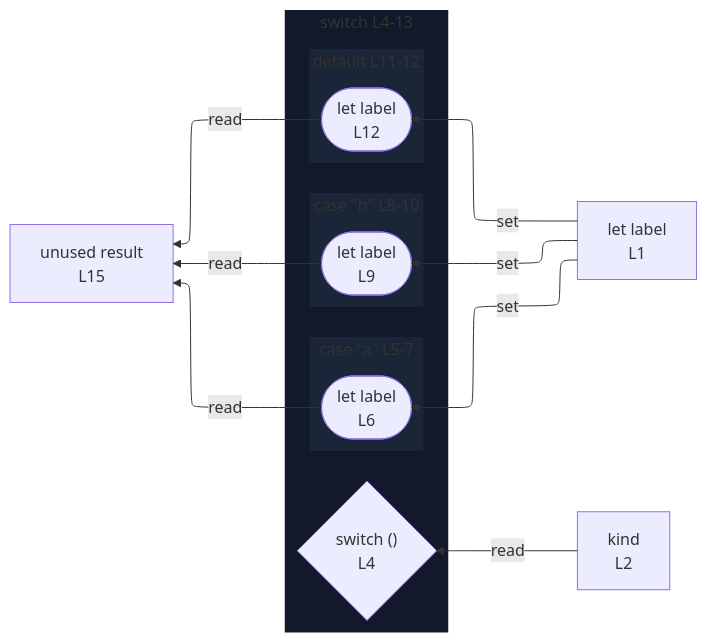
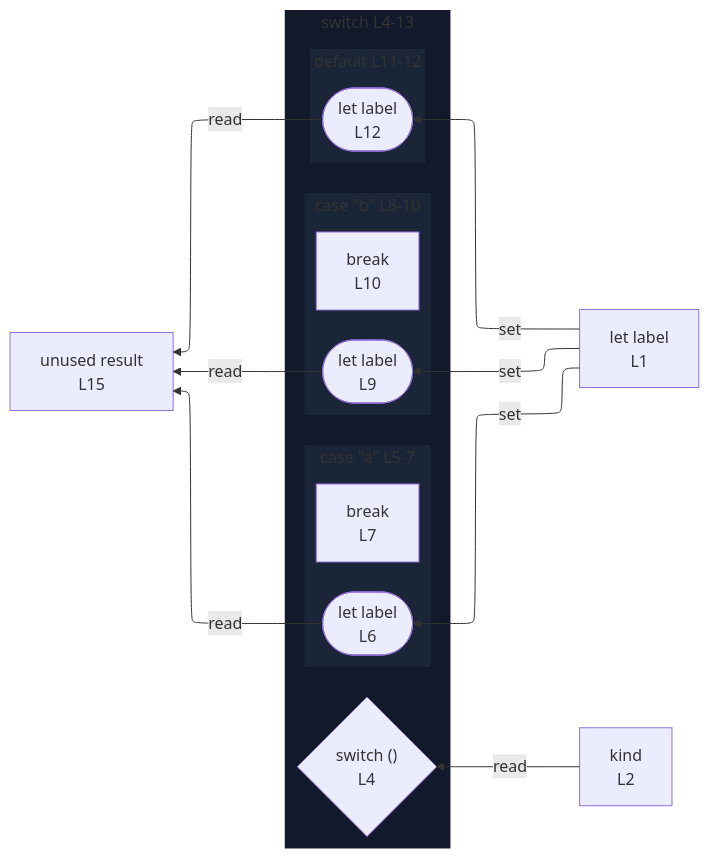
The diagram in integration/fixtures/switch-statement/break/preview.md (crescware/unsnarl), drawn with Mermaid before and after one commit. The commit also changed 352 other files, not shown here.

````diff
--- a/integration/fixtures/switch-statement/break/preview.md
+++ b/integration/fixtures/switch-statement/break/preview.md
@@ -25,36 +25,38 @@
 ```mermaid
 %%{init: {"flowchart": {"defaultRenderer": "elk"}}}%%
 flowchart RL
   n_scope_0_label_4["let label<br/>L1"]
   n_scope_0_kind_22["kind<br/>L2"]
   n_scope_0_result_179["unused result<br/>L15"]
   subgraph s_scope_1["switch L4-13"]
     direction RL
     switch_discriminant_scope_0_35{"switch ()<br/>L4"}
     subgraph s_scope_2["case &quot;a&quot; L5-7"]
       direction RL
       wr_ref_3(["let label<br/>L6"])
+      bc_break_88["break<br/>L7"]
     end
     subgraph s_scope_3["case &quot;b&quot; L8-10"]
       direction RL
       wr_ref_4(["let label<br/>L9"])
+      bc_break_131["break<br/>L10"]
     end
     subgraph s_scope_4["default L11-12"]
       direction RL
       wr_ref_5(["let label<br/>L12"])
     end
   end
   n_scope_0_label_4 -->|set| wr_ref_3
   n_scope_0_label_4 -->|set| wr_ref_4
   n_scope_0_label_4 -->|set| wr_ref_5
   n_scope_0_kind_22 -->|read| switch_discriminant_scope_0_35
   wr_ref_3 -->|read| n_scope_0_result_179
   wr_ref_4 -->|read| n_scope_0_result_179
   wr_ref_5 -->|read| n_scope_0_result_179
   classDef nestL1 fill:#11192a,stroke:transparent;
   class s_scope_1 nestL1;
   classDef nestL2 fill:#1a2538,stroke:transparent;
   class s_scope_2 nestL2;
   class s_scope_3 nestL2;
   class s_scope_4 nestL2;
 ```
````
